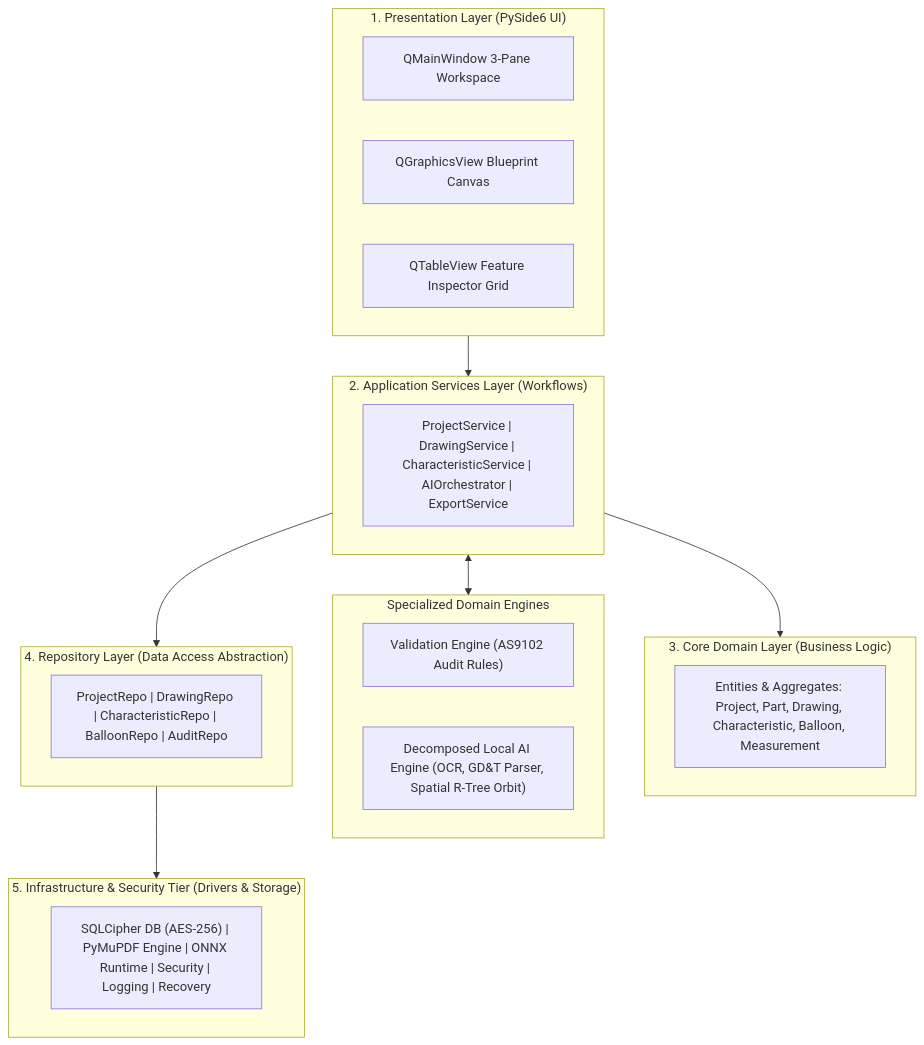
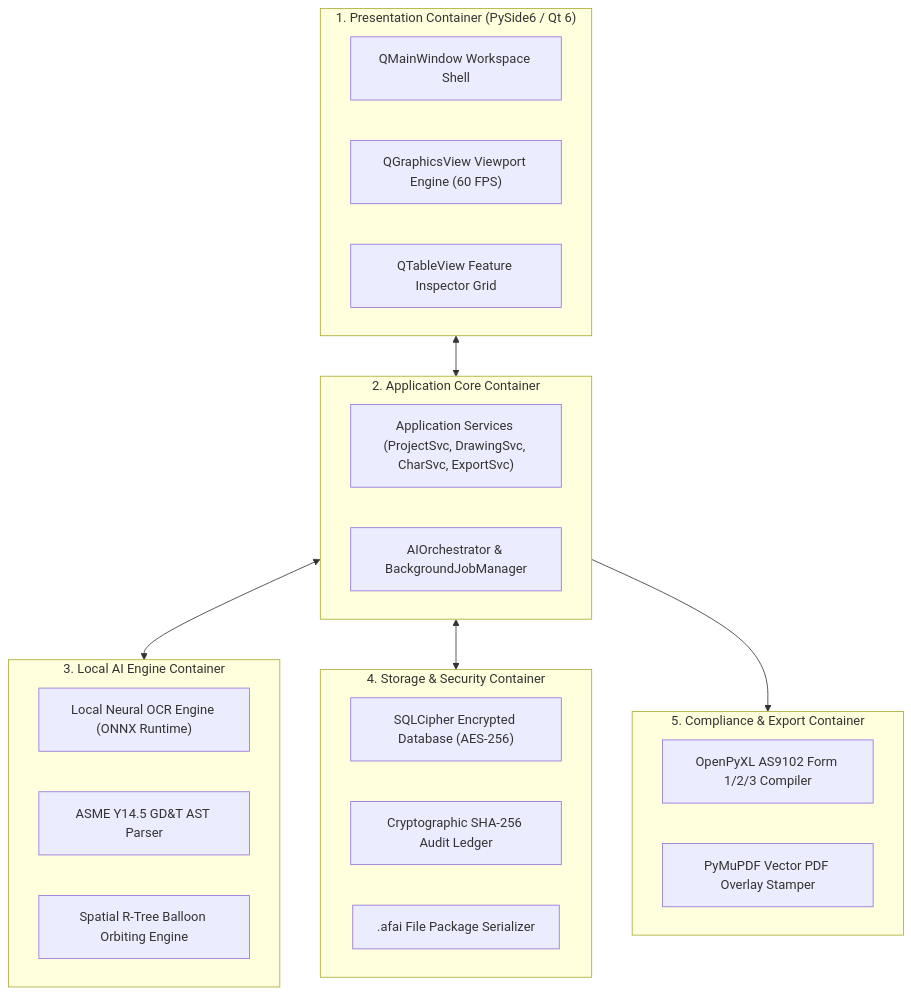
The second of 7 diagrams in Phase_2_High_Level_Design.md (LoonistApp/Loonist), drawn with Mermaid before and after one commit. The commit also changed other lines of this file, not shown here.

Commit message:
docs(hld): add C4 diagrams, AI pipeline, deployment & error recovery views for baseline sign-off

````diff
--- a/Phase_2_High_Level_Design.md
+++ b/Phase_2_High_Level_Design.md
@@ -31,35 +59,35 @@
 ```mermaid
 flowchart TD
-    subgraph Presentation ["1. Presentation Layer (PySide6 UI)"]
-        UI_Window["QMainWindow 3-Pane Workspace"]
-        UI_Canvas["QGraphicsView Blueprint Canvas"]
+    subgraph Presentation_Container ["1. Presentation Container (PySide6 / Qt 6)"]
+        UI_Shell["QMainWindow Workspace Shell"]
+        UI_Canvas["QGraphicsView Viewport Engine (60 FPS)"]
         UI_Grid["QTableView Feature Inspector Grid"]
     end
 
-    subgraph Application ["2. Application Services Layer (Workflows)"]
-        Services["ProjectService | DrawingService | CharacteristicService | AIOrchestrator | ExportService"]
+    subgraph Core_Container ["2. Application Core Container"]
+        Services["Application Services (ProjectSvc, DrawingSvc, CharSvc, ExportSvc)"]
+        Orchestrator["AIOrchestrator & BackgroundJobManager"]
     end
 
-    subgraph Domain ["3. Core Domain Layer (Business Logic)"]
-        Entities["Entities & Aggregates: Project, Part, Drawing, Characteristic, Balloon, Measurement"]
+    subgraph Local_AI_Container ["3. Local AI Engine Container"]
+        OCR_Engine["Local Neural OCR Engine (ONNX Runtime)"]
+        GDT_Engine["ASME Y14.5 GD&T AST Parser"]
+        Orbit_Engine["Spatial R-Tree Balloon Orbiting Engine"]
     end
 
-    subgraph Engines ["Specialized Domain Engines"]
-        ValEng["Validation Engine (AS9102 Audit Rules)"]
-        AIEng["Decomposed Local AI Engine (OCR, GD&T Parser, Spatial R-Tree Orbit)"]
+    subgraph Storage_Security_Container ["4. Storage & Security Container"]
+        SQLCipher["SQLCipher Encrypted Database (AES-256)"]
+        AuditLedger["Cryptographic SHA-256 Audit Ledger"]
+        PackageMgr[".afai File Package Serializer"]
     end
 
-    subgraph Repositories ["4. Repository Layer (Data Access Abstraction)"]
-        Repos["ProjectRepo | DrawingRepo | CharacteristicRepo | BalloonRepo | AuditRepo"]
+    subgraph Export_Container ["5. Compliance & Export Container"]
+        ExcelComp["OpenPyXL AS9102 Form 1/2/3 Compiler"]
+        PDFStamper["PyMuPDF Vector PDF Overlay Stamper"]
     end
 
-    subgraph Infrastructure ["5. Infrastructure & Security Tier (Drivers & Storage)"]
-        Drivers["SQLCipher DB (AES-256) | PyMuPDF Engine | ONNX Runtime | Security | Logging | Recovery"]
-    end
-
-    Presentation --> Application
-    Application --> Domain
-    Application <--> Engines
-    Application --> Repositories
-    Repositories --> Infrastructure
+    Presentation_Container <--> Core_Container
+    Core_Container <--> Local_AI_Container
+    Core_Container <--> Storage_Security_Container
+    Core_Container --> Export_Container
 ```
````
